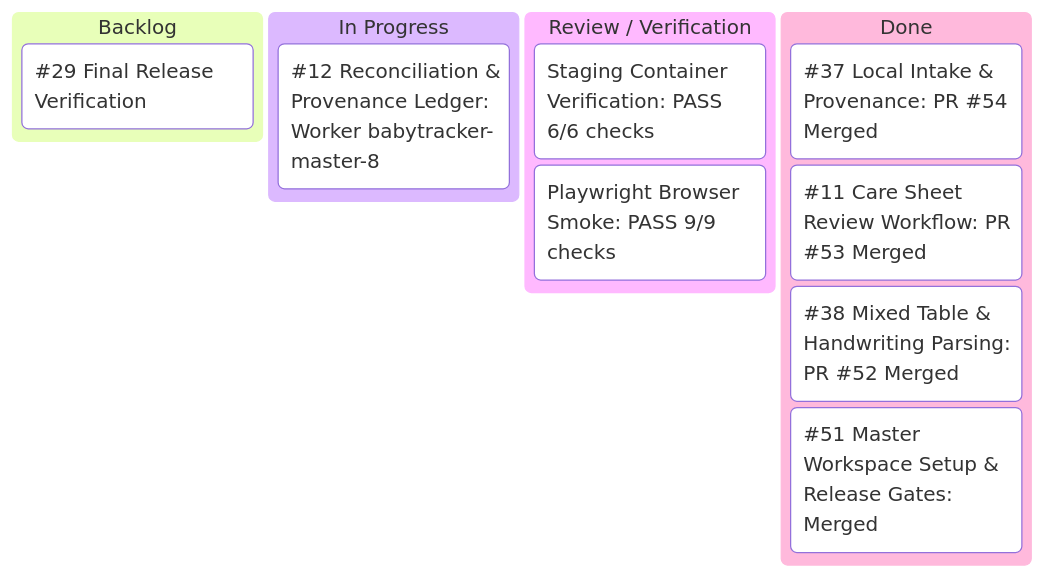
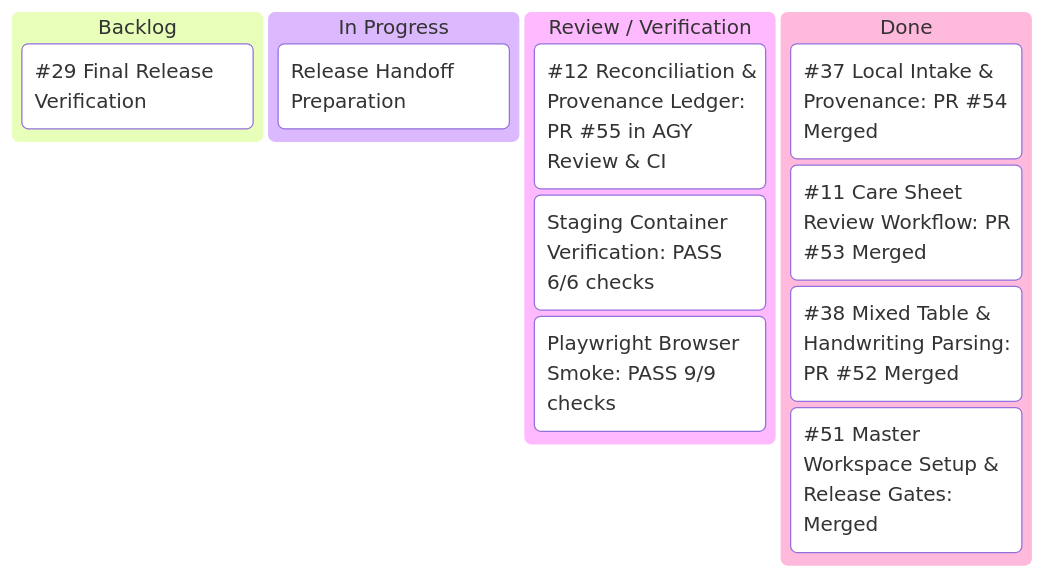
One commit to MulattoTech/BabyTracker-Master changed the diagram in docs/KANBAN.md. Above: the diagram before and after it, drawn with Mermaid. The commit also changed other lines of this file, not shown here.

Commit message:
docs(kanban): advance issue #12 to review with PR #55

````diff
--- a/docs/KANBAN.md
+++ b/docs/KANBAN.md
@@ -11,15 +11,16 @@
 ```mermaid
 kanban
   Backlog
     [#29 Final Release Verification]
   In Progress
-    [#12 Reconciliation & Provenance Ledger: Worker babytracker-master-8]
+    [Release Handoff Preparation]
   Review / Verification
+    [#12 Reconciliation & Provenance Ledger: PR #55 in AGY Review & CI]
     [Staging Container Verification: PASS 6/6 checks]
     [Playwright Browser Smoke: PASS 9/9 checks]
   Done
     [#37 Local Intake & Provenance: PR #54 Merged]
     [#11 Care Sheet Review Workflow: PR #53 Merged]
     [#38 Mixed Table & Handwriting Parsing: PR #52 Merged]
     [#51 Master Workspace Setup & Release Gates: Merged]
 ```
````
